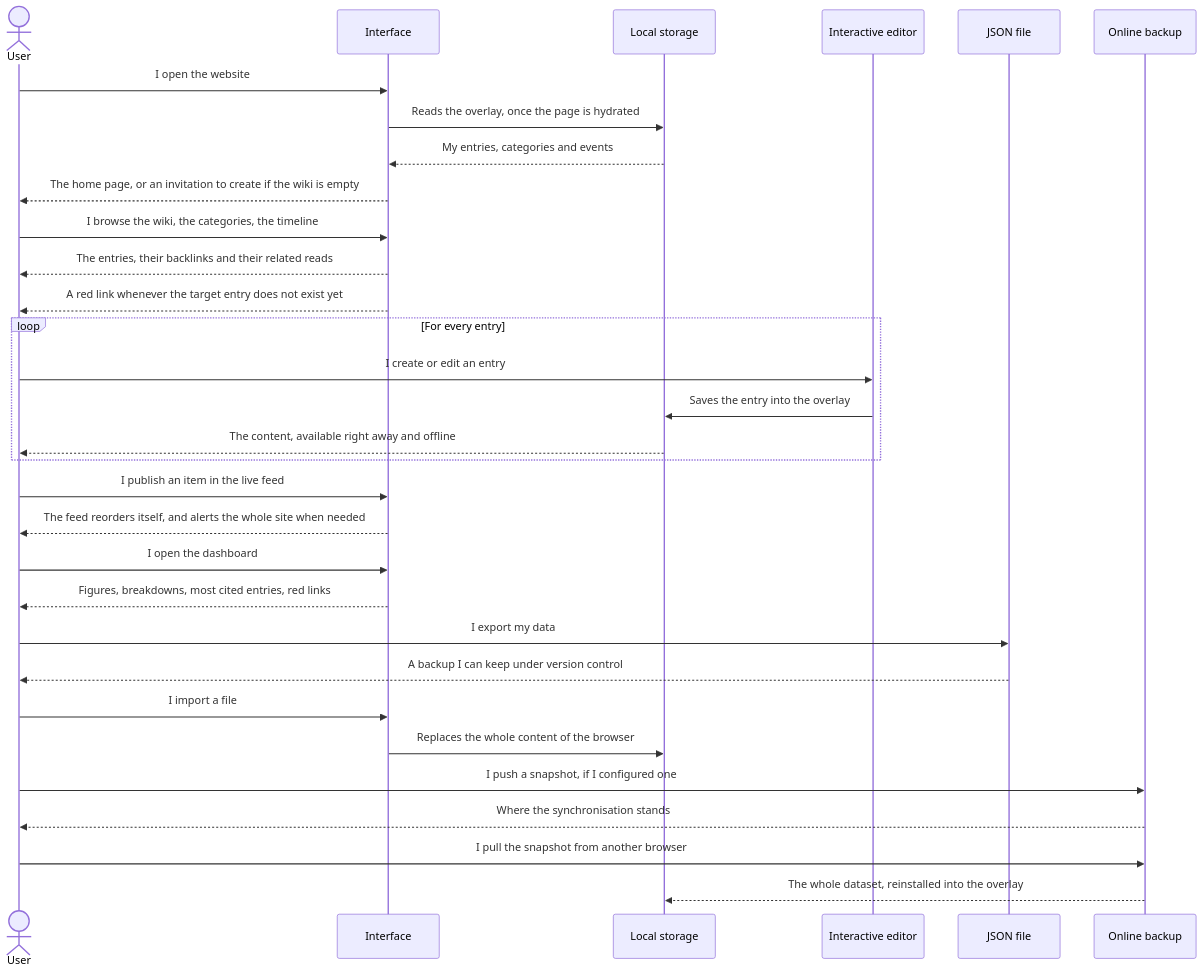
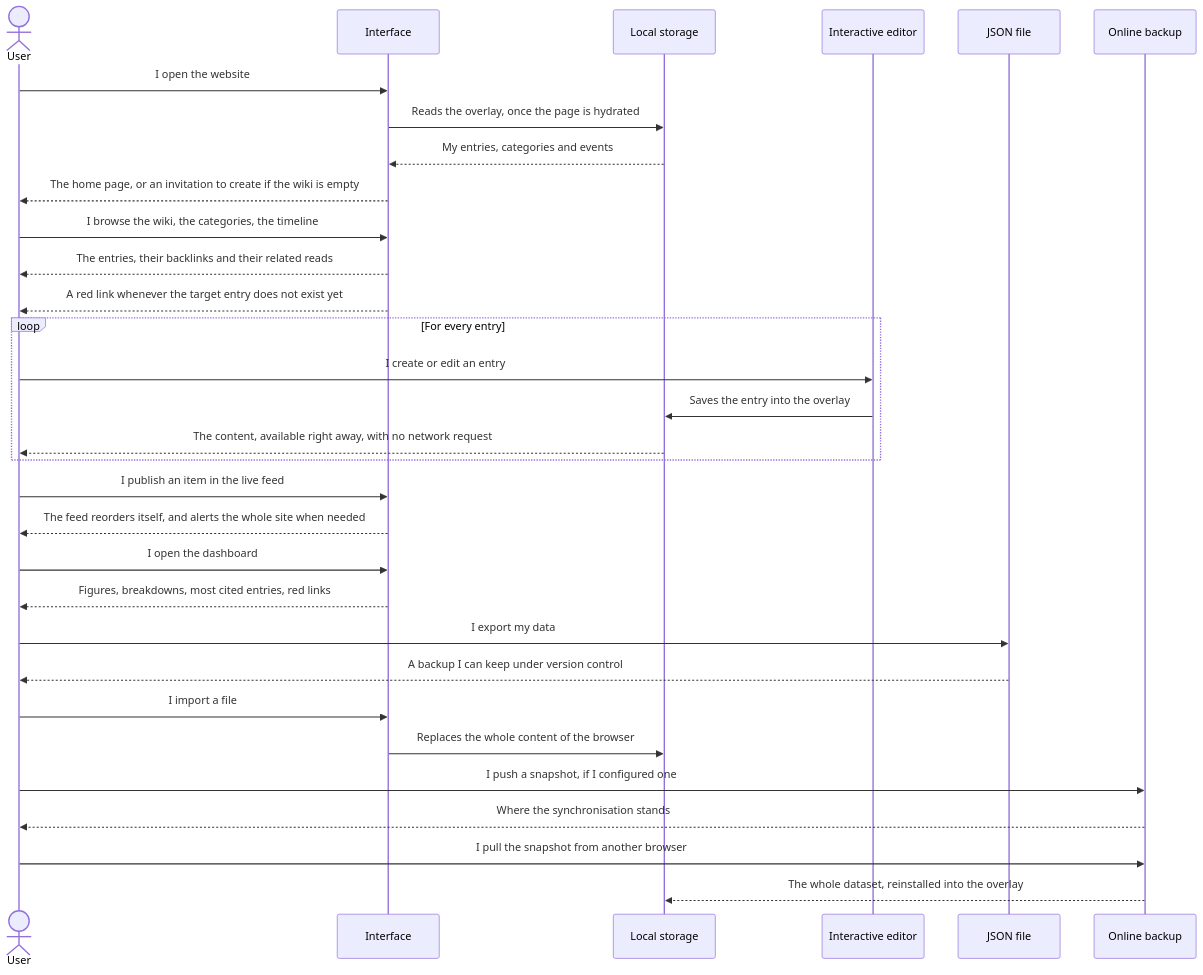
Before and after one commit to FlorianLeChat/Pericles-Initiative: the second of 2 diagrams in README.md, drawn with Mermaid. The commit also changed other lines of this file and 12 other files, not shown here.

````diff
--- a/README.md
+++ b/README.md
@@ -122,40 +122,40 @@
 ```mermaid
 sequenceDiagram
     actor User
     participant Interface
     participant Local storage
     participant Interactive editor
     participant JSON file
     participant Online backup
 
     User->>Interface: I open the website
     Interface->>Local storage: Reads the overlay, once the page is hydrated
     Local storage-->>Interface: My entries, categories and events
     Interface-->>User: The home page, or an invitation to create if the wiki is empty
 
     User->>Interface: I browse the wiki, the categories, the timeline
     Interface-->>User: The entries, their backlinks and their related reads
     Interface-->>User: A red link whenever the target entry does not exist yet
 
     loop For every entry
         User->>Interactive editor: I create or edit an entry
         Interactive editor->>Local storage: Saves the entry into the overlay
-        Local storage-->>User: The content, available right away and offline
+        Local storage-->>User: The content, available right away, with no network request
     end
 
     User->>Interface: I publish an item in the live feed
     Interface-->>User: The feed reorders itself, and alerts the whole site when needed
 
     User->>Interface: I open the dashboard
     Interface-->>User: Figures, breakdowns, most cited entries, red links
 
     User->>JSON file: I export my data
     JSON file-->>User: A backup I can keep under version control
     User->>Interface: I import a file
     Interface->>Local storage: Replaces the whole content of the browser
 
     User->>Online backup: I push a snapshot, if I configured one
     Online backup-->>User: Where the synchronisation stands
     User->>Online backup: I pull the snapshot from another browser
     Online backup-->>Local storage: The whole dataset, reinstalled into the overlay
 ```
````
